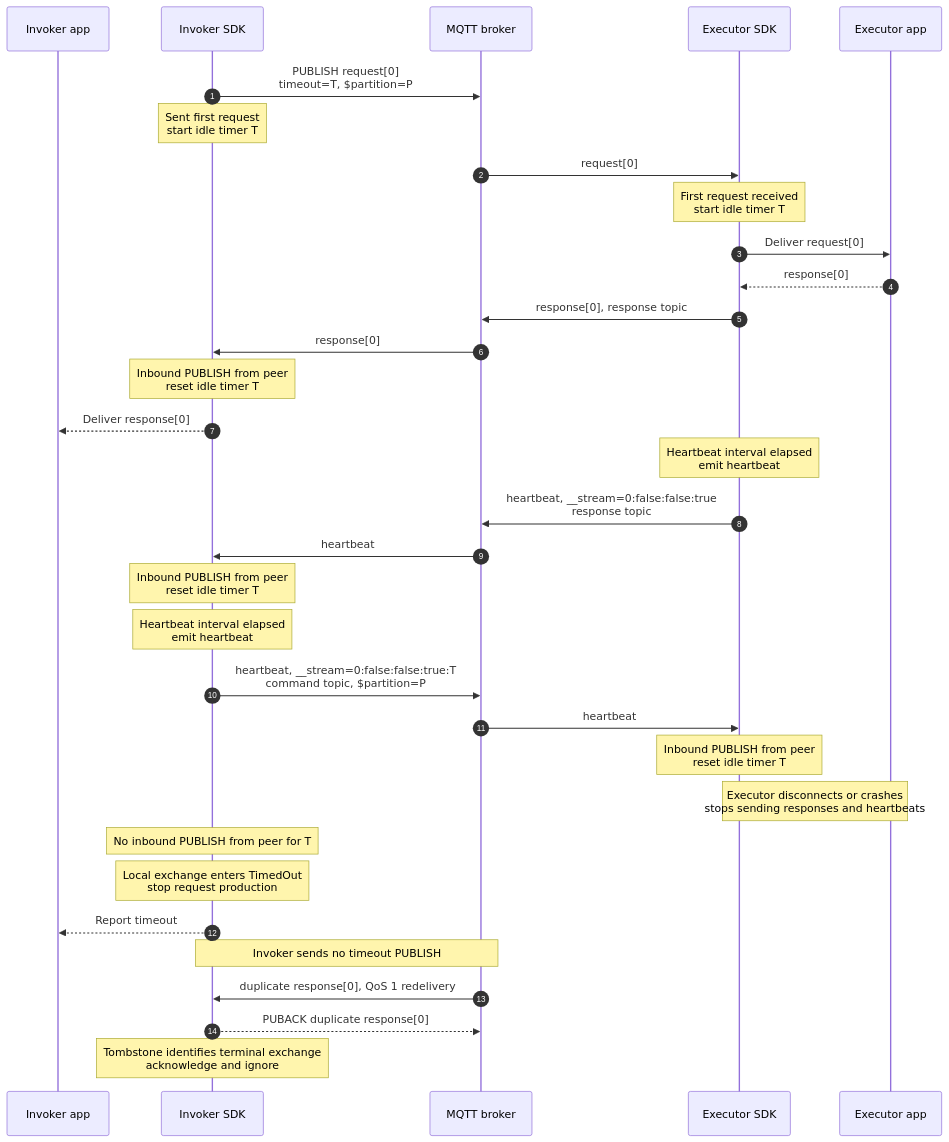
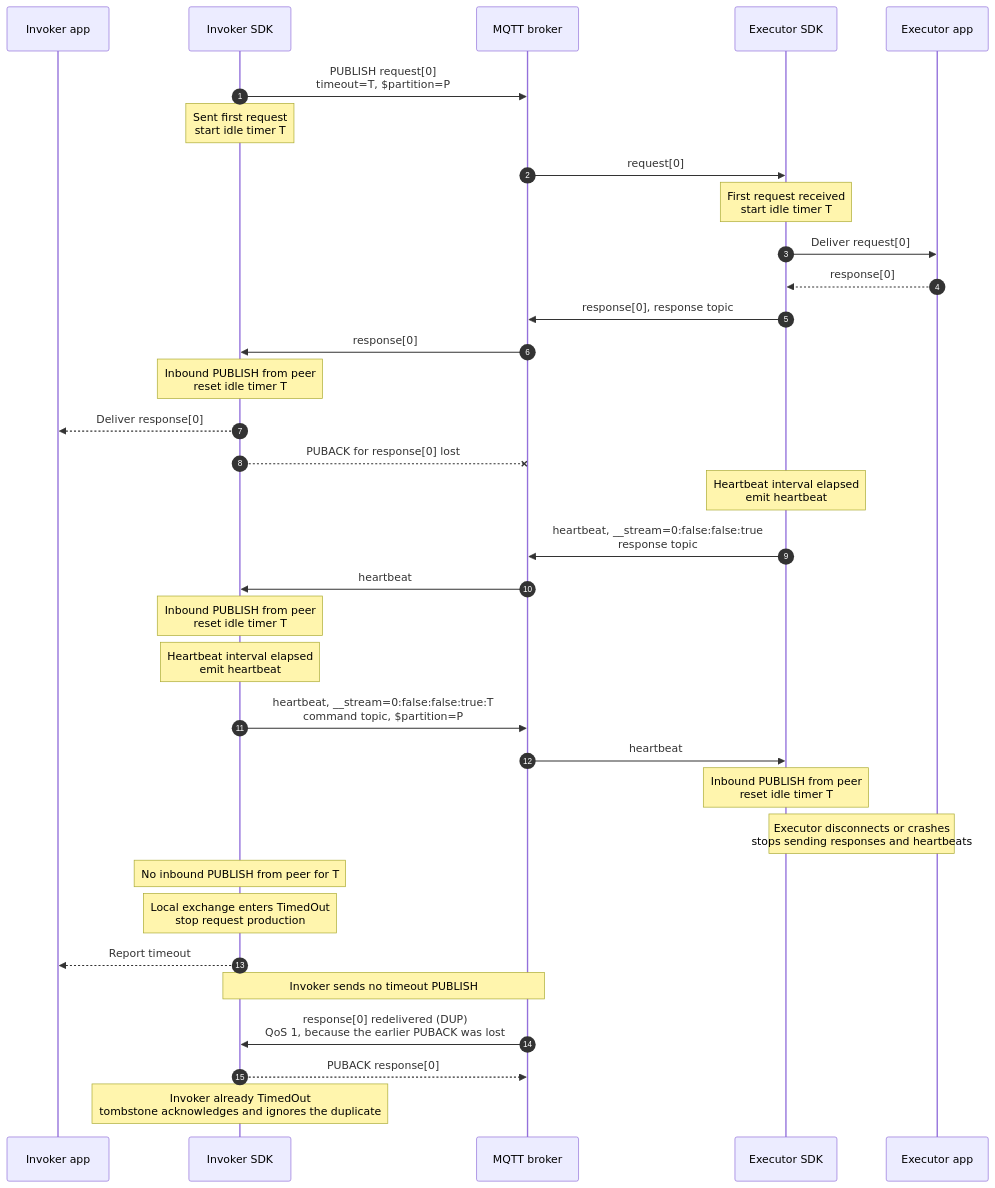
The fourth of 9 diagrams in doc/dev/adr/0025-rpc-streaming-lifecycle-diagrams.md (Azure/iot-operations-sdks), drawn with Mermaid before and after one commit. The commit also changed other lines of this file, not shown here.

First line of the commit message:
ADR 25 diagrams: redesign shared lifecycle, enrich normal exchange, fix timeout redelivery

````diff
--- a/doc/dev/adr/0025-rpc-streaming-lifecycle-diagrams.md
+++ b/doc/dev/adr/0025-rpc-streaming-lifecycle-diagrams.md
@@ -136,39 +160,40 @@
 ```mermaid
 sequenceDiagram
     autonumber
     participant IA as Invoker app
     participant IS as Invoker SDK
     participant B as MQTT broker
     participant ES as Executor SDK
     participant EA as Executor app
 
     IS->>B: PUBLISH request[0]<br/>timeout=T, $partition=P
     Note over IS: Sent first request<br/>start idle timer T
     B->>ES: request[0]
     Note over ES: First request received<br/>start idle timer T
     ES->>EA: Deliver request[0]
     EA-->>ES: response[0]
     ES->>B: response[0], response topic
     B->>IS: response[0]
     Note over IS: Inbound PUBLISH from peer<br/>reset idle timer T
     IS-->>IA: Deliver response[0]
+    IS--xB: PUBACK for response[0] lost
 
     Note over ES: Heartbeat interval elapsed<br/>emit heartbeat
     ES->>B: heartbeat, __stream=0:false:false:true<br/>response topic
     B->>IS: heartbeat
     Note over IS: Inbound PUBLISH from peer<br/>reset idle timer T
     Note over IS: Heartbeat interval elapsed<br/>emit heartbeat
     IS->>B: heartbeat, __stream=0:false:false:true:T<br/>command topic, $partition=P
     B->>ES: heartbeat
     Note over ES: Inbound PUBLISH from peer<br/>reset idle timer T
 
     Note over ES,EA: Executor disconnects or crashes<br/>stops sending responses and heartbeats
     Note over IS: No inbound PUBLISH from peer for T
     Note over IS: Local exchange enters TimedOut<br/>stop request production
     IS-->>IA: Report timeout
     Note over IS,B: Invoker sends no timeout PUBLISH
 
-    B->>IS: duplicate response[0], QoS 1 redelivery
-    IS-->>B: PUBACK duplicate response[0]
-    Note over IS: Tombstone identifies terminal exchange<br/>acknowledge and ignore
+    B->>IS: response[0] redelivered (DUP)<br/>QoS 1, because the earlier PUBACK was lost
+    IS-->>B: PUBACK response[0]
+    Note over IS: Invoker already TimedOut<br/>tombstone acknowledges and ignores the duplicate
 ```
````
